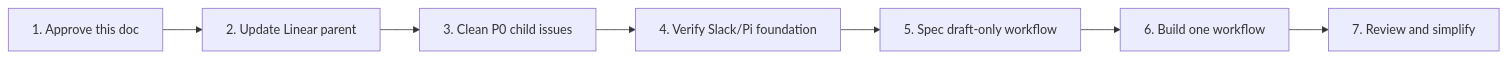
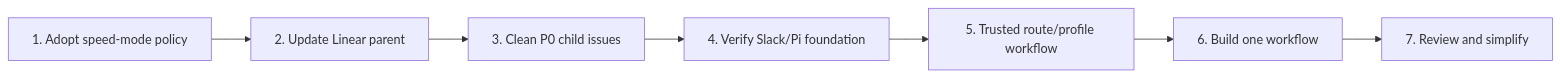
Before and after one commit to goose4500/covent-agent-os: the fifth of 5 diagrams in docs/source-of-truth/COVENT_OPERATING_SOURCE_OF_TRUTH_V0.md, drawn with Mermaid. The commit also changed other lines of this file and 26 other files, not shown here.

````diff
--- a/docs/source-of-truth/COVENT_OPERATING_SOURCE_OF_TRUTH_V0.md
+++ b/docs/source-of-truth/COVENT_OPERATING_SOURCE_OF_TRUTH_V0.md
@@ -262,9 +267,9 @@
 ```mermaid
 flowchart LR
-    A["1. Approve this doc"] --> B["2. Update Linear parent"]
+    A["1. Adopt speed-mode policy"] --> B["2. Update Linear parent"]
     B --> C["3. Clean P0 child issues"]
     C --> D["4. Verify Slack/Pi foundation"]
-    D --> E["5. Spec draft-only workflow"]
+    D --> E["5. Trusted route/profile workflow"]
     E --> F["6. Build one workflow"]
     F --> G["7. Review and simplify"]
 ```
````
